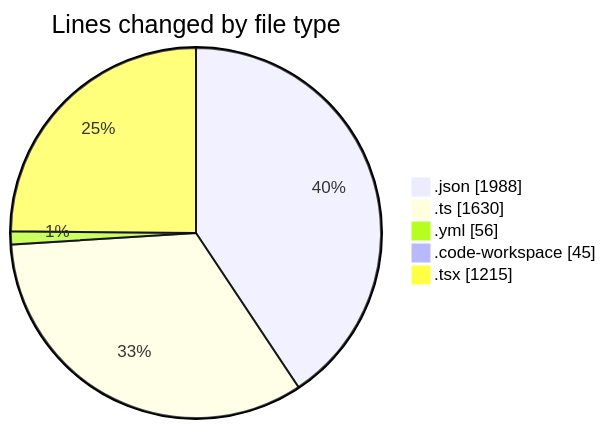
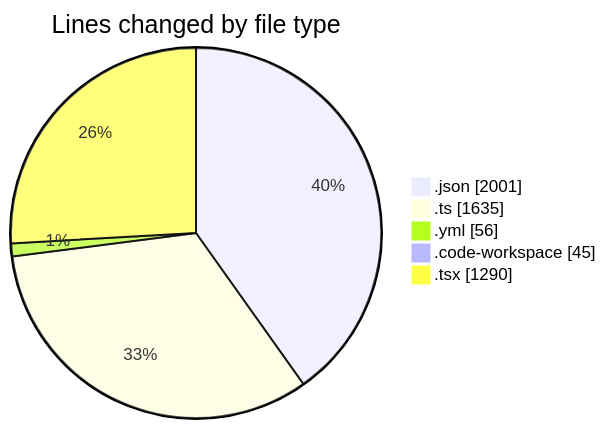
The first of 2 diagrams in 2025-11-25/eventscop-frontend-guide__workspace_/README.md (julien-gomy/code-tracking), drawn with Mermaid before and after one commit. The commit also changed other lines of this file and 1 other file, not shown here.

````diff
--- a/2025-11-25/eventscop-frontend-guide__workspace_/README.md
+++ b/2025-11-25/eventscop-frontend-guide__workspace_/README.md
@@ -35,9 +35,9 @@
 ```mermaid
 pie showData
 title Lines changed by file type
-".json" : 1988
-".ts" : 1630
+".json" : 2001
+".ts" : 1635
 ".yml" : 56
 ".code-workspace" : 45
-".tsx" : 1215
+".tsx" : 1290
 ```
````
